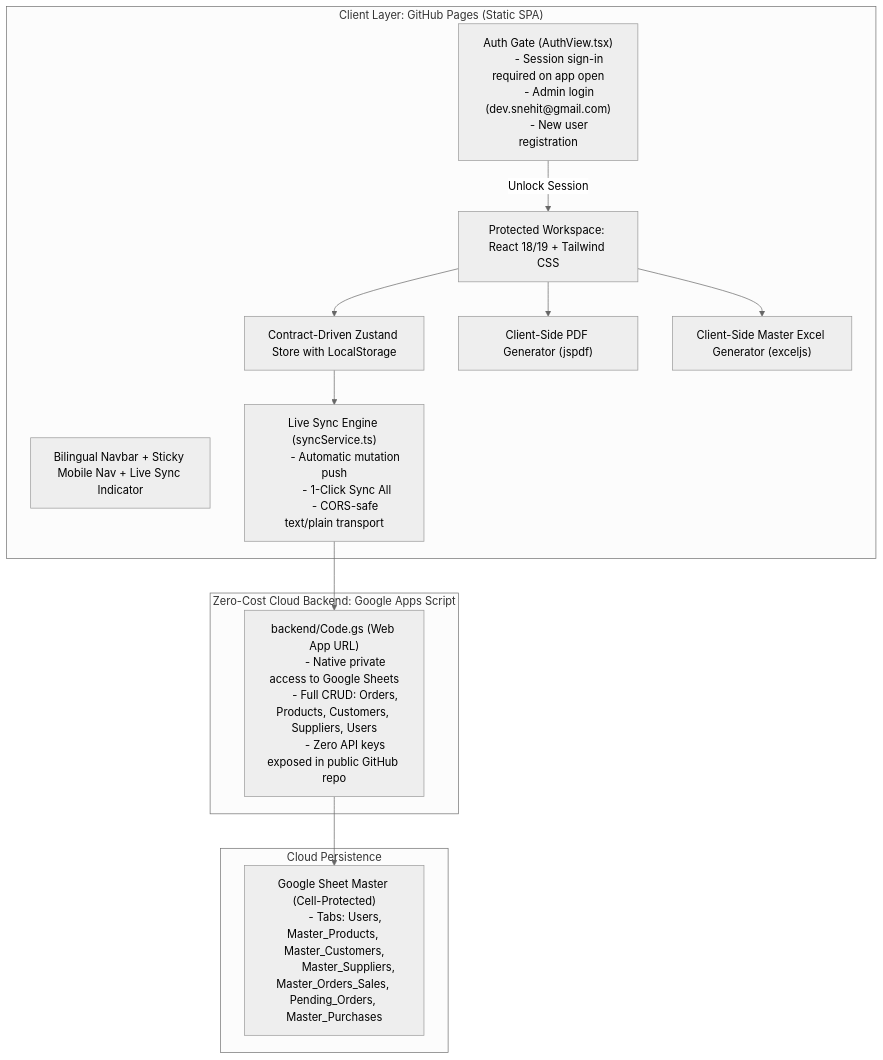
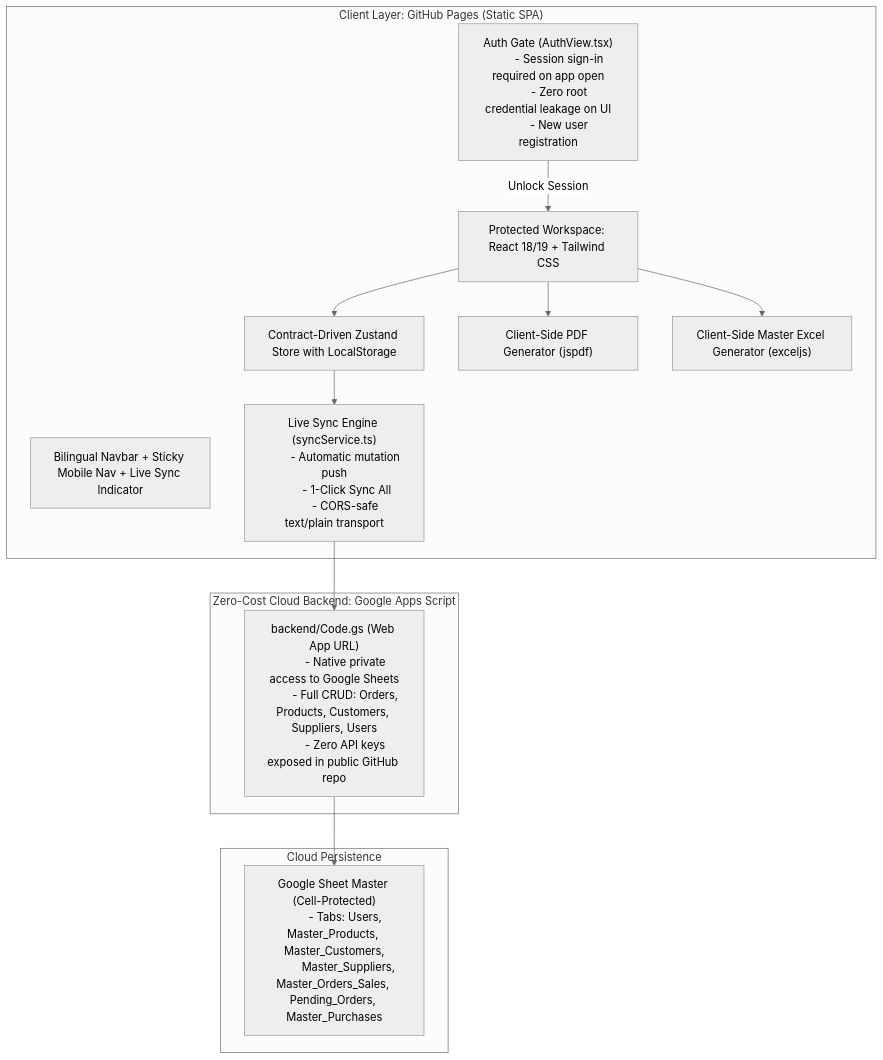
The diagram in docs/IMPLEMENTATION_PLAN.md (dev-snehit/katha-app), drawn with Mermaid (neutral theme) before and after one commit. The commit also changed other lines of this file and 10 other files, not shown here.

````diff
--- a/docs/IMPLEMENTATION_PLAN.md
+++ b/docs/IMPLEMENTATION_PLAN.md
@@ -34,39 +34,39 @@
 ```mermaid
 flowchart TD
     subgraph Client ["Client Layer: GitHub Pages (Static SPA)"]
         Auth["Auth Gate (AuthView.tsx)
         - Session sign-in required on app open
-        - Admin login (dev.snehit@gmail.com)
+        - Zero root credential leakage on UI
         - New user registration"]
         UI["Protected Workspace: React 18/19 + Tailwind CSS"]
         Navbar["Bilingual Navbar + Sticky Mobile Nav + Live Sync Indicator"]
         Zustand["Contract-Driven Zustand Store with LocalStorage"]
         SyncService["Live Sync Engine (syncService.ts)
         - Automatic mutation push
         - 1-Click Sync All
         - CORS-safe text/plain transport"]
         PDF["Client-Side PDF Generator (jspdf)"]
         Excel["Client-Side Master Excel Generator (exceljs)"]
     end
 
     subgraph ServerlessBackend ["Zero-Cost Cloud Backend: Google Apps Script"]
         GAS["backend/Code.gs (Web App URL)
         - Native private access to Google Sheets
         - Full CRUD: Orders, Products, Customers, Suppliers, Users
         - Zero API keys exposed in public GitHub repo"]
     end
 
     subgraph Storage ["Cloud Persistence"]
         MasterSheet["Google Sheet Master (Cell-Protected)
         - Tabs: Users, Master_Products, Master_Customers,
           Master_Suppliers, Master_Orders_Sales, Pending_Orders, Master_Purchases"]
     end
 
     Auth -->|Unlock Session| UI
     UI --> Zustand
     Zustand --> SyncService
     SyncService --> GAS
     GAS --> MasterSheet
     UI --> PDF
     UI --> Excel
 ```
````
